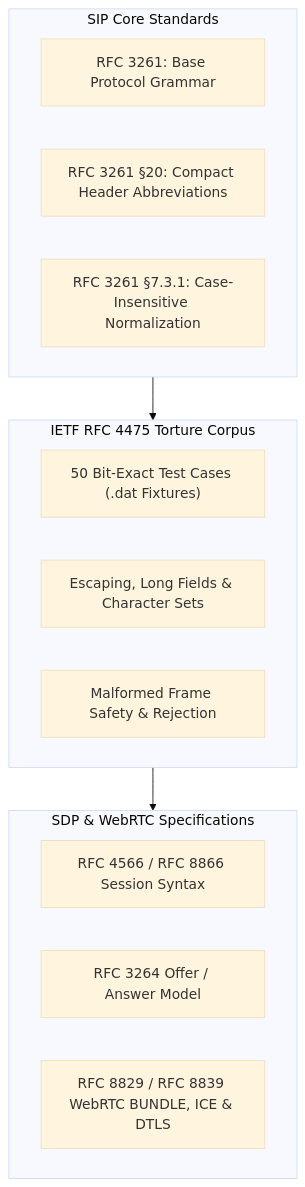
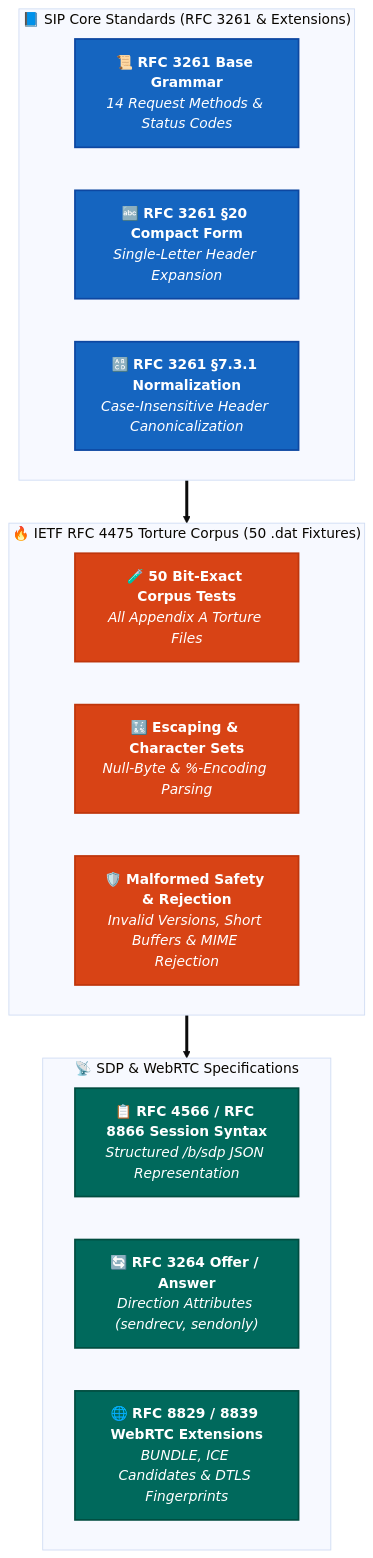
The diagram in docs/features/compliance.md (SiddiqSoft/sip2json), drawn with Mermaid (base theme) before and after one commit. The commit also changed 21 other files, not shown here.

First line of the commit message:
docs: streamline navigation sections, enlarge dependency diagrams, and add colorful charts

````diff
--- a/docs/features/compliance.md
+++ b/docs/features/compliance.md
@@ -9,20 +9,27 @@
 ```mermaid
 graph TD
-    subgraph Core ["SIP Core Standards"]
-        A["RFC 3261: Base Protocol Grammar"]
-        B["RFC 3261 §20: Compact Header Abbreviations"]
-        C["RFC 3261 §7.3.1: Case-Insensitive Normalization"]
+    subgraph Core ["📘 SIP Core Standards (RFC 3261 & Extensions)"]
+        A["📜 <b>RFC 3261 Base Grammar</b><br/><i>14 Request Methods & Status Codes</i>"]:::coreNode
+        B["🔤 <b>RFC 3261 §20 Compact Form</b><br/><i>Single-Letter Header Expansion</i>"]:::coreNode
+        C["🔠 <b>RFC 3261 §7.3.1 Normalization</b><br/><i>Case-Insensitive Header Canonicalization</i>"]:::coreNode
     end
-    subgraph Torture ["IETF RFC 4475 Torture Corpus"]
-        D["50 Bit-Exact Test Cases (.dat Fixtures)"]
-        E["Escaping, Long Fields & Character Sets"]
-        F["Malformed Frame Safety & Rejection"]
+    
+    subgraph Torture ["🔥 IETF RFC 4475 Torture Corpus (50 .dat Fixtures)"]
+        D["🧪 <b>50 Bit-Exact Corpus Tests</b><br/><i>All Appendix A Torture Files</i>"]:::tortureNode
+        E["🔣 <b>Escaping & Character Sets</b><br/><i>Null-Byte & %-Encoding Parsing</i>"]:::tortureNode
+        F["🛡️ <b>Malformed Safety & Rejection</b><br/><i>Invalid Versions, Short Buffers & MIME Rejection</i>"]:::tortureNode
     end
-    subgraph SDP ["SDP & WebRTC Specifications"]
-        G["RFC 4566 / RFC 8866 Session Syntax"]
-        H["RFC 3264 Offer / Answer Model"]
-        I["RFC 8829 / RFC 8839 WebRTC BUNDLE, ICE & DTLS"]
+    
+    subgraph SDP ["📡 SDP & WebRTC Specifications"]
+        G["📋 <b>RFC 4566 / RFC 8866 Session Syntax</b><br/><i>Structured /b/sdp JSON Representation</i>"]:::sdpNode
+        H["🔄 <b>RFC 3264 Offer / Answer</b><br/><i>Direction Attributes (sendrecv, sendonly)</i>"]:::sdpNode
+        I["🌐 <b>RFC 8829 / 8839 WebRTC Extensions</b><br/><i>BUNDLE, ICE Candidates & DTLS Fingerprints</i>"]:::sdpNode
     end
-    Core --> Torture
-    Torture --> SDP
+
+    Core ==> Torture
+    Torture ==> SDP
+
+    classDef coreNode fill:#1565C0,stroke:#0D47A1,stroke-width:2px,color:#FFFFFF;
+    classDef tortureNode fill:#D84315,stroke:#BF360C,stroke-width:2px,color:#FFFFFF;
+    classDef sdpNode fill:#00695C,stroke:#004D40,stroke-width:2px,color:#FFFFFF;
 ```
````
